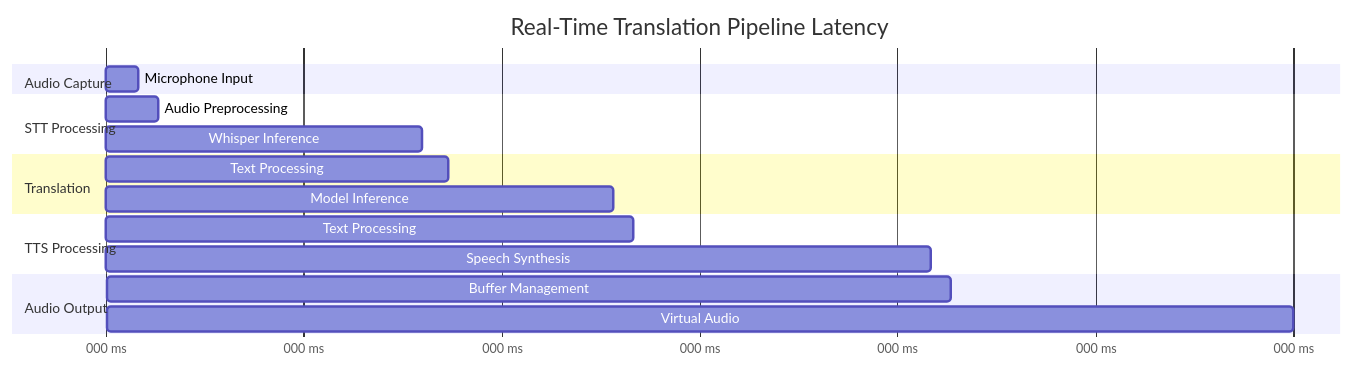
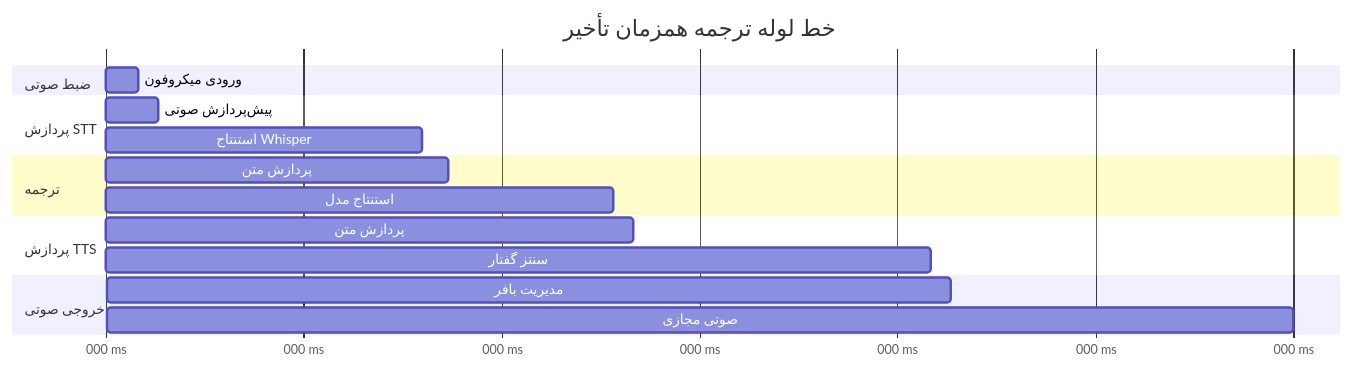
Before and after one commit to SirTypeOfficial/LinguaStream: the diagram in PERFORMANCE.md, drawn with Mermaid. The commit also changed other lines of this file and 7 other files, not shown here.

Commit message:
Translate API and architecture documentation to Persian, update README and contributing guidelines, and enhance deployment instructions for VoiceBridge. Add configuration settings for voice cloning and system requirements.

````diff
--- a/PERFORMANCE.md
+++ b/PERFORMANCE.md
@@ -23,25 +23,25 @@
 ```mermaid
 gantt
-    title Real-Time Translation Pipeline Latency
+    title خط لوله ترجمه همزمان تأخیر
     dateFormat X
     axisFormat %L ms
     
-    section Audio Capture
-    Microphone Input    :0, 50
+    section ضبط صوتی
+    ورودی میکروفون    :0, 50
     
-    section STT Processing
-    Audio Preprocessing :50, 80
-    Whisper Inference  :80, 480
+    section پردازش STT
+    پیش‌پردازش صوتی :50, 80
+    استنتاج Whisper  :80, 480
     
-    section Translation
-    Text Processing    :480, 520
-    Model Inference    :520, 770
+    section ترجمه
+    پردازش متن    :480, 520
+    استنتاج مدل    :520, 770
     
-    section TTS Processing
-    Text Processing    :770, 800
-    Speech Synthesis   :800, 1250
+    section پردازش TTS
+    پردازش متن    :770, 800
+    سنتز گفتار   :800, 1250
     
-    section Audio Output
-    Buffer Management  :1250, 1280
-    Virtual Audio      :1280, 1800
+    section خروجی صوتی
+    مدیریت بافر  :1250, 1280
+    صوتی مجازی      :1280, 1800
 ```
````
